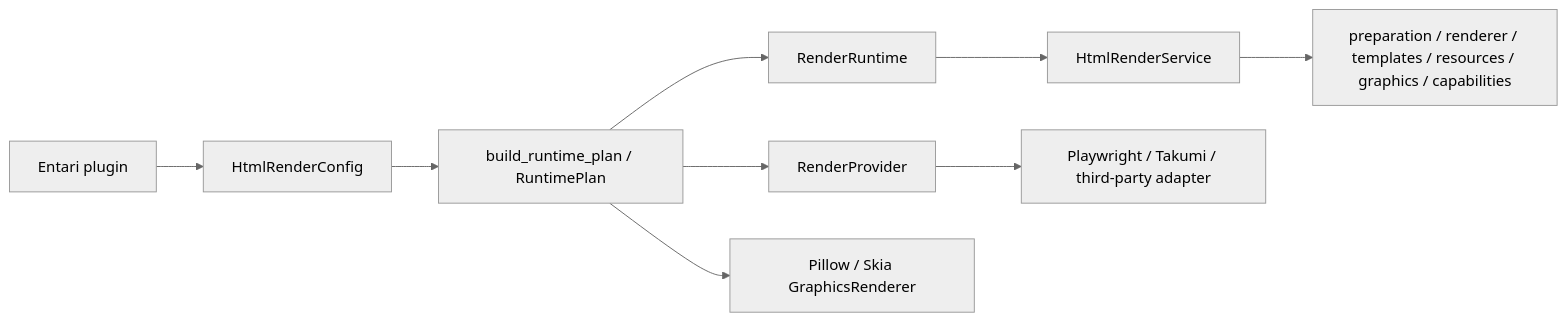
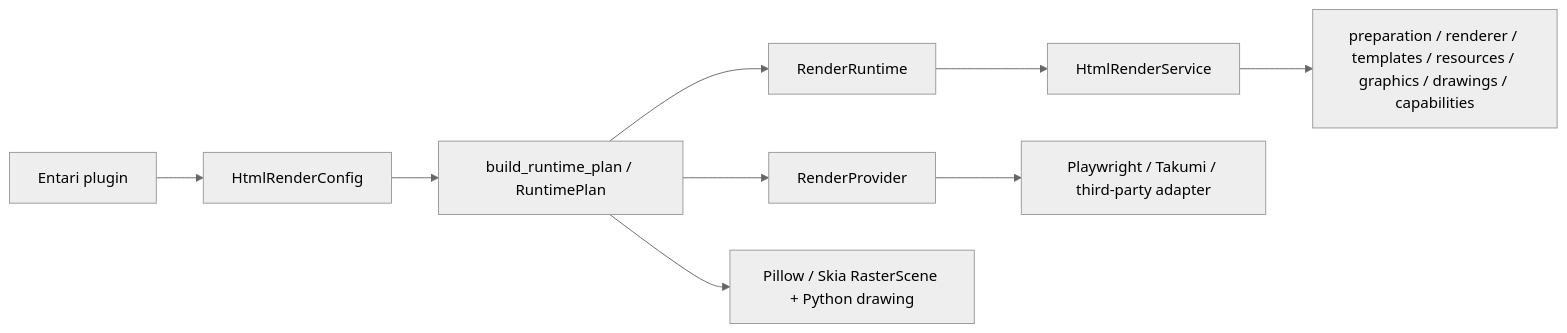
The diagram in docs/extensions/architecture.md (entanex/entari-plugin-htmlrender), drawn with Mermaid (neutral theme) before and after one commit. The commit also changed other lines of this file and 5 other files, not shown here.

````diff
--- a/docs/extensions/architecture.md
+++ b/docs/extensions/architecture.md
@@ -8,11 +8,11 @@
 ```mermaid
 flowchart LR
     ENTARI["Entari plugin"] --> CONFIG["HtmlRenderConfig"]
     CONFIG --> PLAN["build_runtime_plan / RuntimePlan"]
     PLAN --> RUNTIME["RenderRuntime"]
     RUNTIME --> SERVICE["HtmlRenderService"]
-    SERVICE --> CALLERS["preparation / renderer / templates / resources / graphics / capabilities"]
+    SERVICE --> CALLERS["preparation / renderer / templates / resources / graphics / drawings / capabilities"]
     PLAN --> PROVIDER["RenderProvider"]
     PROVIDER --> HTML["Playwright / Takumi / third-party adapter"]
-    PLAN --> GRAPHICS["Pillow / Skia GraphicsRenderer"]
+    PLAN --> GRAPHICS["Pillow / Skia RasterScene + Python drawing"]
 ```
````
